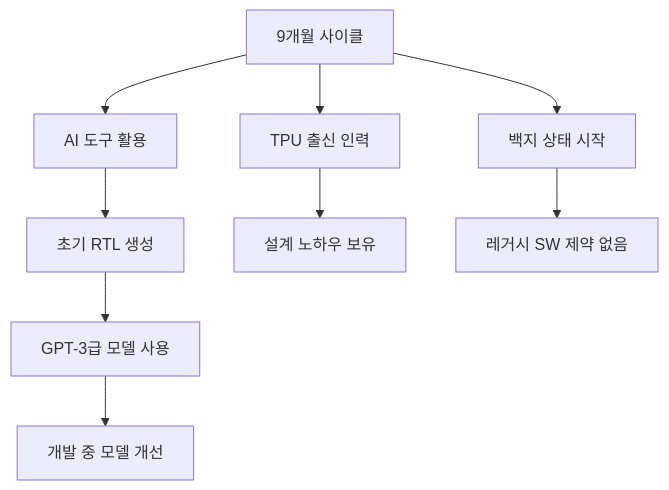
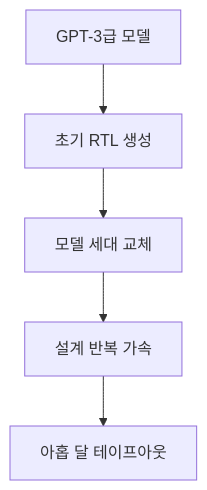
Before and after one commit to yohan4477/semi-report: the ninth of 10 diagrams in insights/frames/exp/2026-08-27-openai-jalapeno-tech-opus.md, drawn with Mermaid. The commit also changed other lines of this file and 2 other files, not shown here.

````diff
--- a/insights/frames/exp/2026-08-27-openai-jalapeno-tech-opus.md
+++ b/insights/frames/exp/2026-08-27-openai-jalapeno-tech-opus.md
@@ -301,11 +265,7 @@
 ```mermaid
 flowchart TD
-    A["9개월 사이클"] --> B["AI 도구 활용"]
-    A --> C["TPU 출신 인력"]
-    A --> D["백지 상태 시작"]
-    B --> B1["초기 RTL 생성"]
-    B1 --> B2["GPT-3급 모델 사용"]
-    B2 --> B3["개발 중 모델 개선"]
-    C --> C1["설계 노하우 보유"]
-    D --> D1["레거시 SW 제약 없음"]
+    A["GPT-3급 모델"] --> B["초기 RTL 생성"]
+    B --> C["모델 세대 교체"]
+    C --> D["설계 반복 가속"]
+    D --> E["아홉 달 테이프아웃"]
 ```
````
